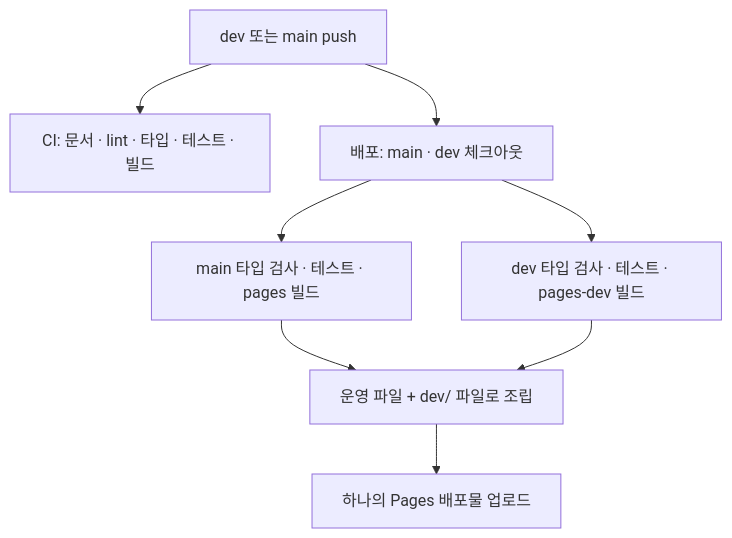
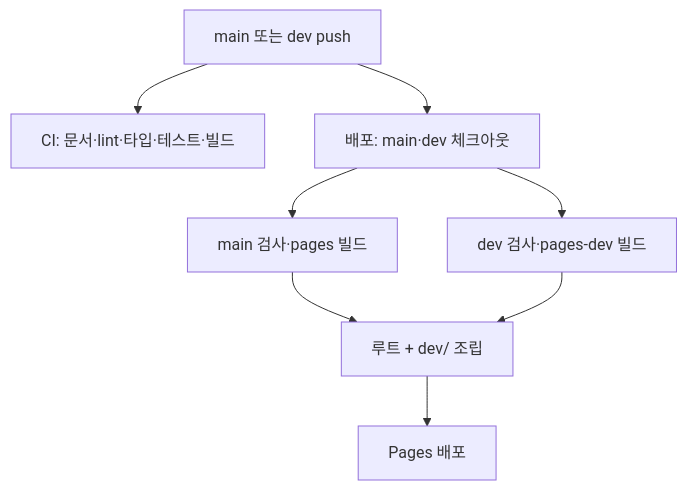
Before and after one commit to MinsangKwak/subway-midpoint: the diagram in docs/OPERATIONS.md, drawn with Mermaid. The commit also changed other lines of this file and 2 other files, not shown here.

````diff
--- a/docs/OPERATIONS.md
+++ b/docs/OPERATIONS.md
@@ -34,10 +28,10 @@
 ```mermaid
 flowchart TD
-    Push["dev 또는 main push"] --> CI["CI: 문서 · lint · 타입 · 테스트 · 빌드"]
-    Push --> Checkout["배포: main · dev 체크아웃"]
-    Checkout --> Main["main 타입 검사 · 테스트 · pages 빌드"]
-    Checkout --> Dev["dev 타입 검사 · 테스트 · pages-dev 빌드"]
-    Main --> Site["운영 파일 + dev/ 파일로 조립"]
-    Dev --> Site
-    Site --> Pages["하나의 Pages 배포물 업로드"]
+    P["main 또는 dev push"] --> C["CI: 문서·lint·타입·테스트·빌드"]
+    P --> B["배포: main·dev 체크아웃"]
+    B --> M["main 검사·pages 빌드"]
+    B --> D["dev 검사·pages-dev 빌드"]
+    M --> S["루트 + dev/ 조립"]
+    D --> S
+    S --> G["Pages 배포"]
 ```
````
